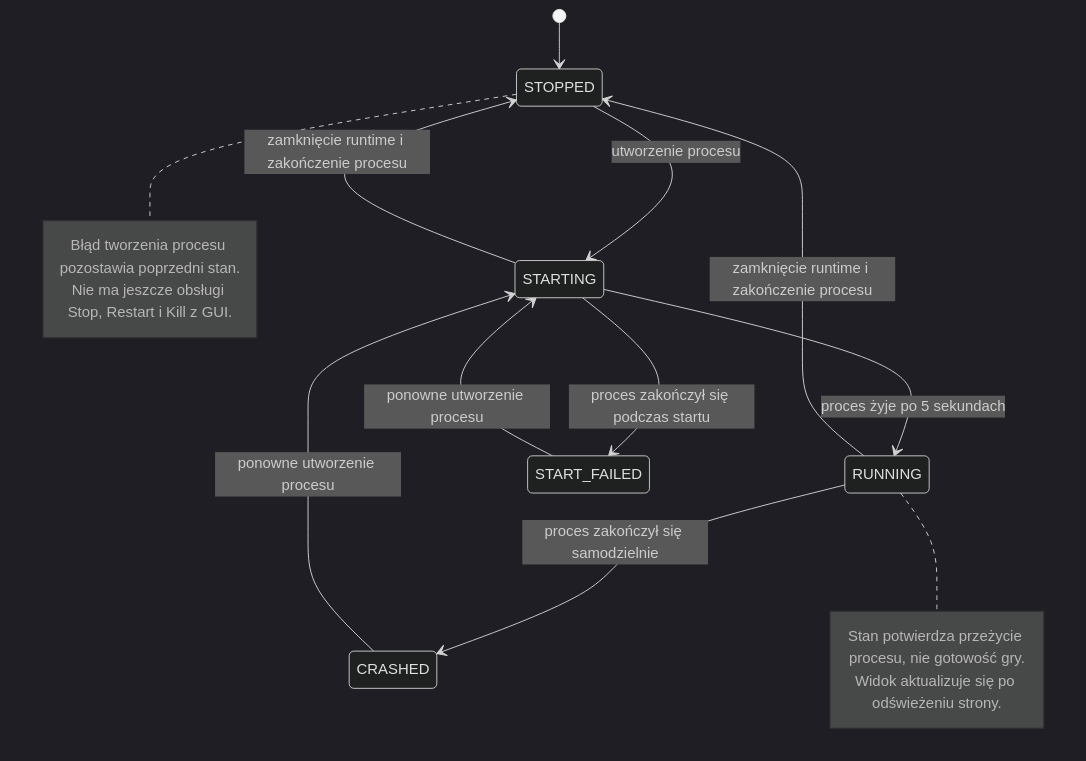
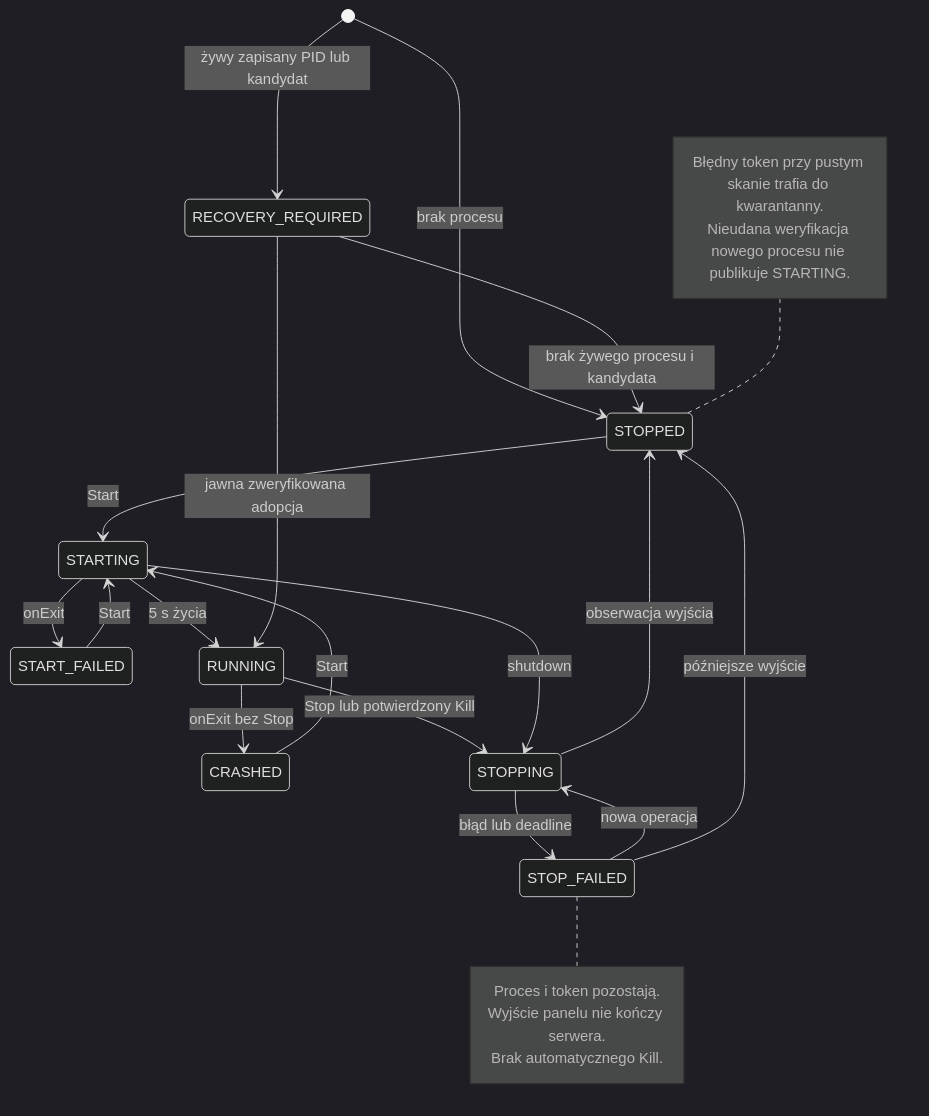
One commit to Pplociennik/vDeck changed the diagram in dokumentacja/diagramy/server/przeplyw-stany-serwera.mmd. Above: the diagram before and after it, drawn with Mermaid (dark theme). The commit also changed 103 other files, not shown here.

```diff
--- a/dokumentacja/diagramy/server/przeplyw-stany-serwera.mmd
+++ b/dokumentacja/diagramy/server/przeplyw-stany-serwera.mmd
@@ -1,19 +1,26 @@
-%% Diagram stanów: bieżący cykl życia serwera
 stateDiagram-v2
-    [*] --> STOPPED
-    STOPPED --> STARTING: utworzenie procesu
-    STARTING --> RUNNING: proces żyje po 5 sekundach
-    STARTING --> START_FAILED: proces zakończył się podczas startu
-    RUNNING --> CRASHED: proces zakończył się samodzielnie
-    START_FAILED --> STARTING: ponowne utworzenie procesu
-    CRASHED --> STARTING: ponowne utworzenie procesu
-    STARTING --> STOPPED: zamknięcie runtime i zakończenie procesu
-    RUNNING --> STOPPED: zamknięcie runtime i zakończenie procesu
-    note right of STOPPED
-        Błąd tworzenia procesu pozostawia poprzedni stan.
-        Nie ma jeszcze obsługi Stop, Restart i Kill z GUI.
+    [*] --> STOPPED: brak procesu
+    [*] --> RECOVERY_REQUIRED: żywy zapisany PID lub kandydat
+    STOPPED --> STARTING: Start
+    START_FAILED --> STARTING: Start
+    CRASHED --> STARTING: Start
+    STARTING --> RUNNING: 5 s życia
+    STARTING --> START_FAILED: onExit
+    RUNNING --> CRASHED: onExit bez Stop
+    RUNNING --> STOPPING: Stop lub potwierdzony Kill
+    STARTING --> STOPPING: shutdown
+    STOPPING --> STOP_FAILED: błąd lub deadline
+    STOP_FAILED --> STOPPING: nowa operacja
+    STOPPING --> STOPPED: obserwacja wyjścia
+    STOP_FAILED --> STOPPED: późniejsze wyjście
+    RECOVERY_REQUIRED --> RUNNING: jawna zweryfikowana adopcja
+    RECOVERY_REQUIRED --> STOPPED: brak żywego procesu i kandydata
+    note left of STOPPED
+        Błędny token przy pustym skanie trafia do kwarantanny.
+        Nieudana weryfikacja nowego procesu nie publikuje STARTING.
     end note
-    note right of RUNNING
-        Stan potwierdza przeżycie procesu, nie gotowość gry.
-        Widok aktualizuje się po odświeżeniu strony.
+    note right of STOP_FAILED
+        Proces i token pozostają.
+        Wyjście panelu nie kończy serwera.
+        Brak automatycznego Kill.
     end note
```
